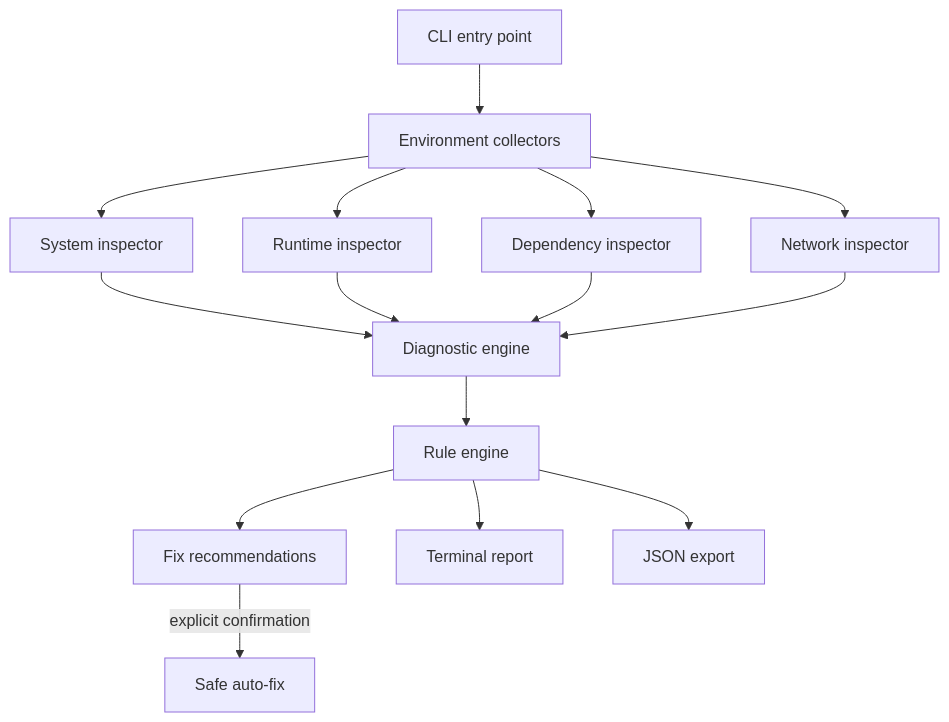
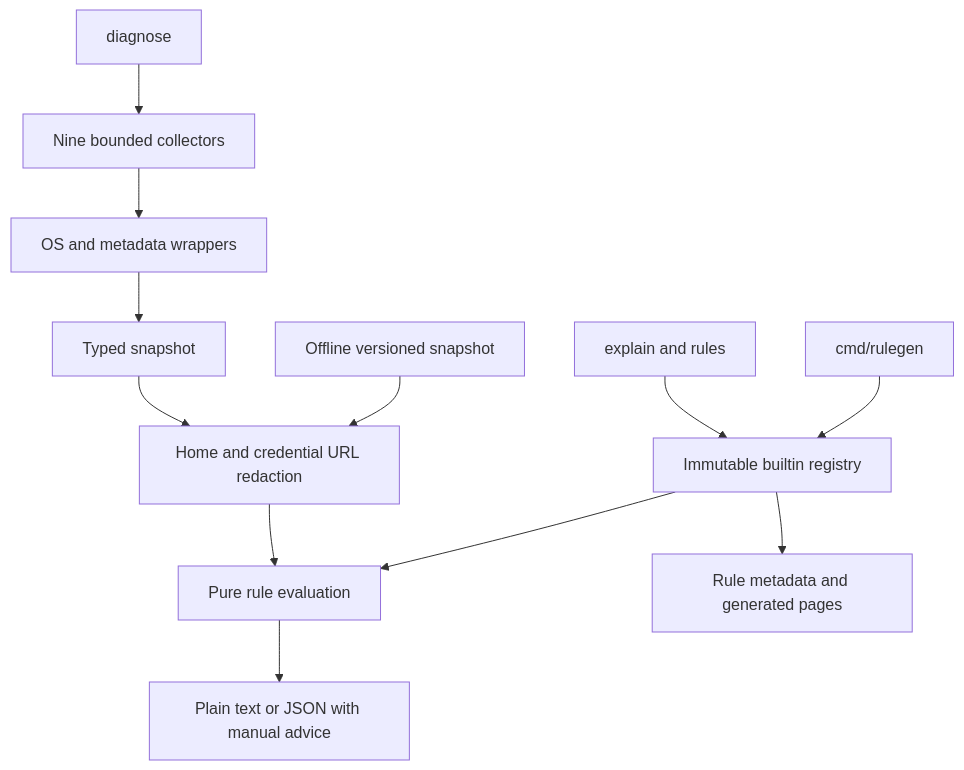
The diagram in docs/ARCHITECTURE.md (Shellghostt/EnvDoctor), drawn with Mermaid before and after one commit. The commit also changed other lines of this file and 9 other files, not shown here.

````diff
--- a/docs/ARCHITECTURE.md
+++ b/docs/ARCHITECTURE.md
@@ -19,17 +20,14 @@
 ```mermaid
 flowchart TD
-    CLI[CLI entry point] --> COL[Environment collectors]
-    COL --> SYS[System inspector]
-    COL --> RUNTIME[Runtime inspector]
-    COL --> DEP[Dependency inspector]
-    COL --> NET[Network inspector]
-    SYS --> ENGINE[Diagnostic engine]
-    RUNTIME --> ENGINE
-    DEP --> ENGINE
-    NET --> ENGINE
-    ENGINE --> RULES[Rule engine]
-    RULES --> FIX[Fix recommendations]
-    RULES --> REPORT[Terminal report]
-    RULES --> JSON[JSON export]
-    FIX -->|explicit confirmation| APPLY[Safe auto-fix]
+    CLI[diagnose] --> COL[Nine bounded collectors]
+    COL --> SYS[OS and metadata wrappers]
+    SYS --> SNAP[Typed snapshot]
+    SNAP --> REDACT[Home and credential URL redaction]
+    REDACT --> ENGINE[Pure rule evaluation]
+    REG[Immutable builtin registry] --> ENGINE
+    ENGINE --> REPORT[Plain text or JSON with manual advice]
+    FIXTURE[Offline versioned snapshot] --> REDACT
+    META[explain and rules] --> REG
+    GEN[cmd/rulegen] --> REG
+    REG --> DOCS[Rule metadata and generated pages]
 ```
````
